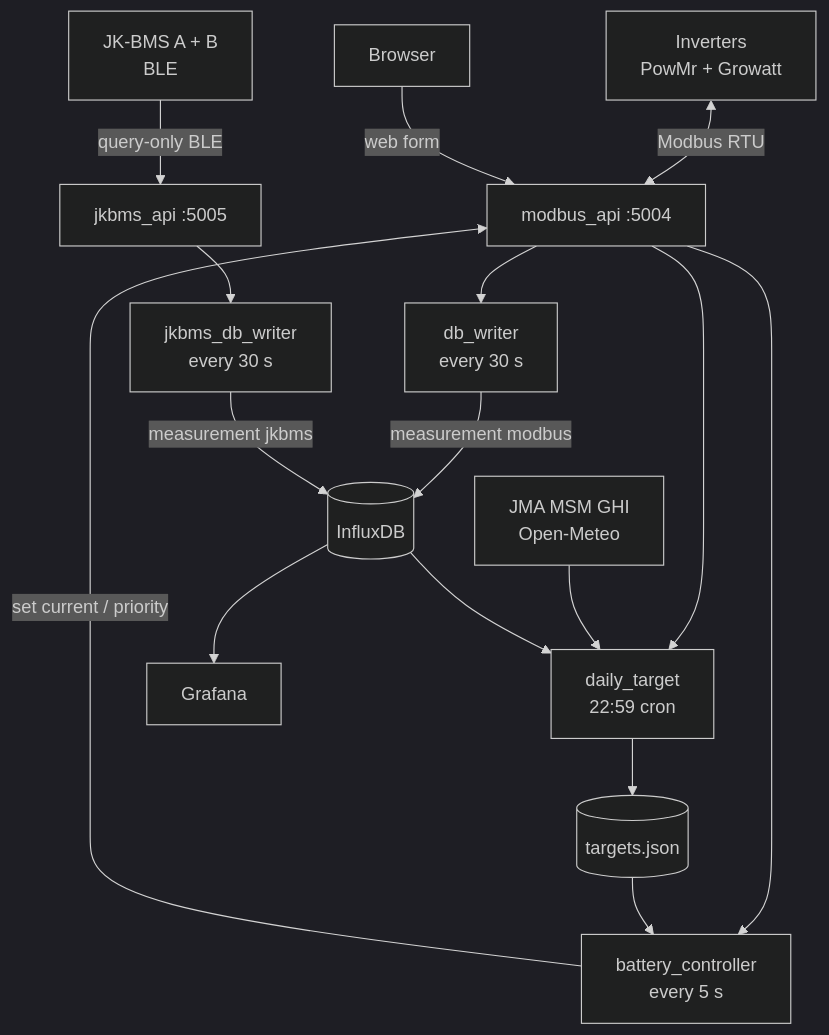
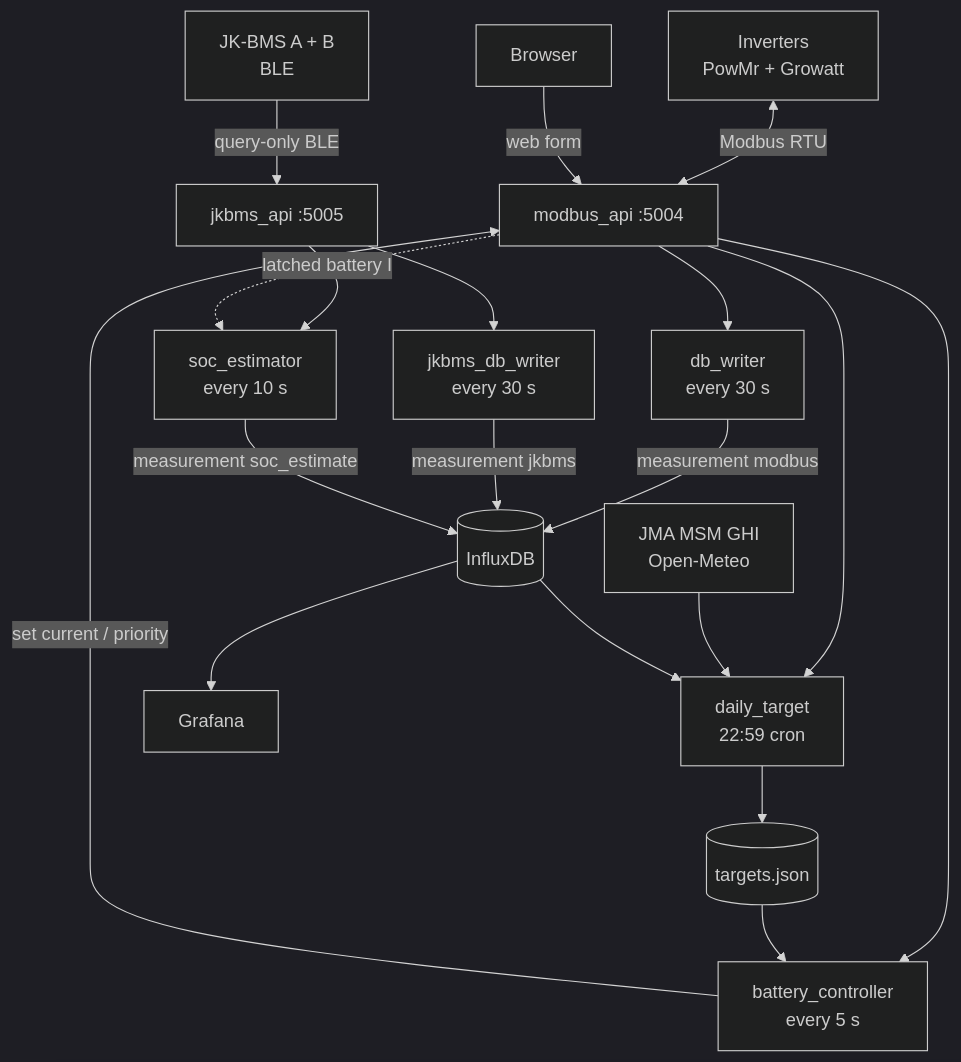
One commit to sadaoikebe/srne-solar-controller changed the diagram in README.md. Above: the diagram before and after it, drawn with Mermaid (dark theme). The commit also changed other lines of this file and 8 other files, not shown here.

First line of the commit message:
feat(soc): add shadow pack SoC estimator

````diff
--- a/README.md
+++ b/README.md
@@ -27,26 +27,29 @@
 ```mermaid
 graph TD
     INV[Inverters<br/>PowMr + Growatt]
     BMS[JK-BMS A + B<br/>BLE]
     JMA[JMA MSM GHI<br/>Open-Meteo]
     USER[Browser]
 
     INV <-->|Modbus RTU| API[modbus_api :5004]
     BMS -->|query-only BLE| JB[jkbms_api :5005]
     USER -->|web form| API
 
     API --> BC[battery_controller<br/>every 5 s]
     API --> DW[db_writer<br/>every 30 s]
     API --> DT[daily_target<br/>22:59 cron]
     JB --> JW[jkbms_db_writer<br/>every 30 s]
+    JB --> SE[soc_estimator<br/>every 10 s]
+    API -.->|latched battery I| SE
     BC -->|set current / priority| API
 
     JMA --> DT
     DT --> TJ[(targets.json)]
     TJ --> BC
 
     DW -->|measurement modbus| IF[(InfluxDB)]
     JW -->|measurement jkbms| IF
+    SE -->|measurement soc_estimate| IF
     IF --> DT
     IF --> GF[Grafana]
 ```
````
